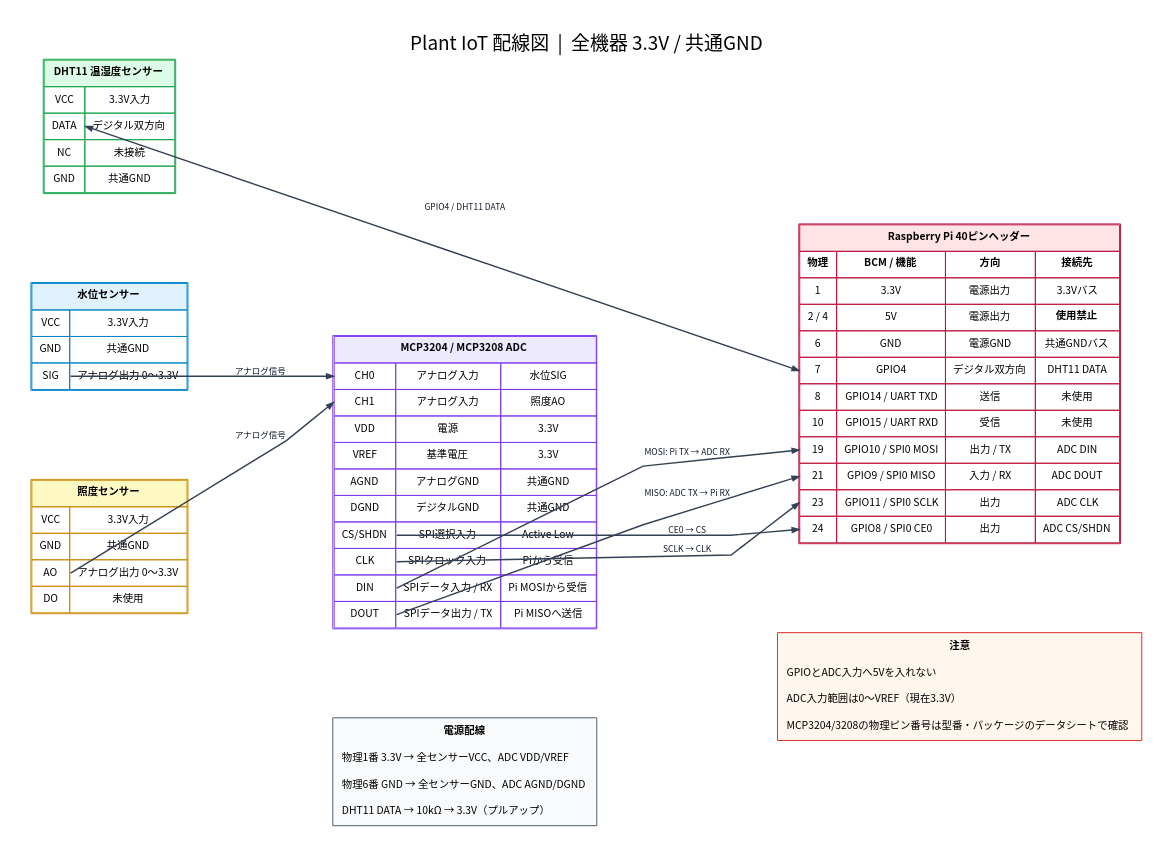
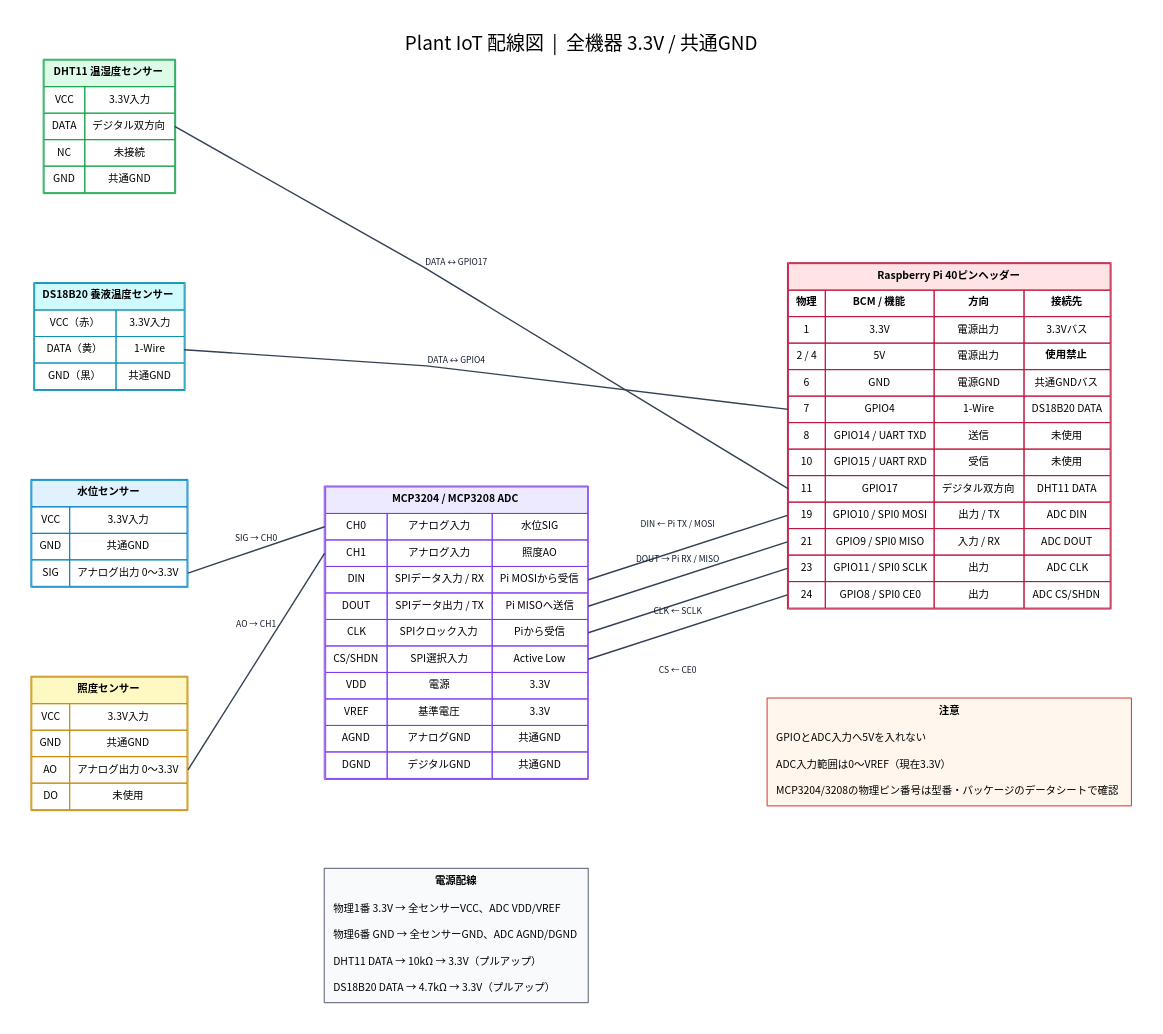
One commit to YujiSK/plant-iot-visualization changed the diagram in docs/wiring.dot. Above: the diagram before and after it, drawn with Graphviz. The commit also changed 16 other files, not shown here.

```diff
--- a/docs/wiring.dot
+++ b/docs/wiring.dot
@@ -1,142 +1,157 @@
 digraph PlantIoTWiring {
   graph [
     rankdir=LR,
-    splines=polyline,
+    splines=line,
     nodesep=0.65,
     ranksep=1.35,
     pad=0.35,
     bgcolor="white",
     fontname="Noto Sans CJK JP",
     label="Plant IoT 配線図  |  全機器 3.3V / 共通GND",
     labelloc=t,
     fontsize=20
   ];
 
   node [
     shape=plain,
     fontname="Noto Sans CJK JP",
     fontsize=11
   ];
 
   edge [
     fontname="Noto Sans CJK JP",
     fontsize=9,
     color="#334155",
     fontcolor="#0f172a",
     arrowsize=0.7,
     penwidth=1.5
   ];
 
   water [
     label=<
       <TABLE BORDER="1" CELLBORDER="1" CELLSPACING="0" CELLPADDING="7" COLOR="#0284c7">
         <TR><TD COLSPAN="2" BGCOLOR="#e0f2fe"><B>水位センサー</B></TD></TR>
         <TR><TD PORT="vcc">VCC</TD><TD>3.3V入力</TD></TR>
         <TR><TD PORT="gnd">GND</TD><TD>共通GND</TD></TR>
-        <TR><TD PORT="sig">SIG</TD><TD>アナログ出力 0～3.3V</TD></TR>
+        <TR><TD>SIG</TD><TD PORT="sig">アナログ出力 0～3.3V</TD></TR>
       </TABLE>
     >
   ];
 
   light [
     label=<
       <TABLE BORDER="1" CELLBORDER="1" CELLSPACING="0" CELLPADDING="7" COLOR="#ca8a04">
         <TR><TD COLSPAN="2" BGCOLOR="#fef9c3"><B>照度センサー</B></TD></TR>
         <TR><TD PORT="vcc">VCC</TD><TD>3.3V入力</TD></TR>
         <TR><TD PORT="gnd">GND</TD><TD>共通GND</TD></TR>
-        <TR><TD PORT="ao">AO</TD><TD>アナログ出力 0～3.3V</TD></TR>
+        <TR><TD>AO</TD><TD PORT="ao">アナログ出力 0～3.3V</TD></TR>
         <TR><TD>DO</TD><TD>未使用</TD></TR>
       </TABLE>
     >
   ];
 
   dht11 [
     label=<
       <TABLE BORDER="1" CELLBORDER="1" CELLSPACING="0" CELLPADDING="7" COLOR="#16a34a">
         <TR><TD COLSPAN="2" BGCOLOR="#dcfce7"><B>DHT11 温湿度センサー</B></TD></TR>
         <TR><TD PORT="vcc">VCC</TD><TD>3.3V入力</TD></TR>
-        <TR><TD PORT="data">DATA</TD><TD>デジタル双方向</TD></TR>
+        <TR><TD>DATA</TD><TD PORT="data">デジタル双方向</TD></TR>
         <TR><TD>NC</TD><TD>未接続</TD></TR>
         <TR><TD PORT="gnd">GND</TD><TD>共通GND</TD></TR>
+      </TABLE>
+    >
+  ];
+
+  ds18b20 [
+    label=<
+      <TABLE BORDER="1" CELLBORDER="1" CELLSPACING="0" CELLPADDING="7" COLOR="#0891b2">
+        <TR><TD COLSPAN="2" BGCOLOR="#cffafe"><B>DS18B20 養液温度センサー</B></TD></TR>
+        <TR><TD>VCC（赤）</TD><TD>3.3V入力</TD></TR>
+        <TR><TD>DATA（黄）</TD><TD PORT="data">1-Wire</TD></TR>
+        <TR><TD>GND（黒）</TD><TD>共通GND</TD></TR>
       </TABLE>
     >
   ];
 
   adc [
     label=<
       <TABLE BORDER="1" CELLBORDER="1" CELLSPACING="0" CELLPADDING="7" COLOR="#7c3aed">
         <TR><TD COLSPAN="3" BGCOLOR="#ede9fe"><B>MCP3204 / MCP3208 ADC</B></TD></TR>
         <TR><TD PORT="ch0">CH0</TD><TD>アナログ入力</TD><TD>水位SIG</TD></TR>
         <TR><TD PORT="ch1">CH1</TD><TD>アナログ入力</TD><TD>照度AO</TD></TR>
+        <TR><TD>DIN</TD><TD>SPIデータ入力 / RX</TD><TD PORT="din">Pi MOSIから受信</TD></TR>
+        <TR><TD>DOUT</TD><TD>SPIデータ出力 / TX</TD><TD PORT="dout">Pi MISOへ送信</TD></TR>
+        <TR><TD>CLK</TD><TD>SPIクロック入力</TD><TD PORT="clk">Piから受信</TD></TR>
+        <TR><TD>CS/SHDN</TD><TD>SPI選択入力</TD><TD PORT="cs">Active Low</TD></TR>
         <TR><TD PORT="vdd">VDD</TD><TD>電源</TD><TD>3.3V</TD></TR>
         <TR><TD PORT="vref">VREF</TD><TD>基準電圧</TD><TD>3.3V</TD></TR>
         <TR><TD PORT="agnd">AGND</TD><TD>アナログGND</TD><TD>共通GND</TD></TR>
         <TR><TD PORT="dgnd">DGND</TD><TD>デジタルGND</TD><TD>共通GND</TD></TR>
-        <TR><TD PORT="cs">CS/SHDN</TD><TD>SPI選択入力</TD><TD>Active Low</TD></TR>
-        <TR><TD PORT="clk">CLK</TD><TD>SPIクロック入力</TD><TD>Piから受信</TD></TR>
-        <TR><TD PORT="din">DIN</TD><TD>SPIデータ入力 / RX</TD><TD>Pi MOSIから受信</TD></TR>
-        <TR><TD PORT="dout">DOUT</TD><TD>SPIデータ出力 / TX</TD><TD>Pi MISOへ送信</TD></TR>
       </TABLE>
     >
   ];
 
   rpi [
     label=<
       <TABLE BORDER="1" CELLBORDER="1" CELLSPACING="0" CELLPADDING="7" COLOR="#be123c">
         <TR><TD COLSPAN="4" BGCOLOR="#ffe4e6"><B>Raspberry Pi 40ピンヘッダー</B></TD></TR>
         <TR><TD><B>物理</B></TD><TD><B>BCM / 機能</B></TD><TD><B>方向</B></TD><TD><B>接続先</B></TD></TR>
         <TR><TD PORT="p1">1</TD><TD>3.3V</TD><TD>電源出力</TD><TD>3.3Vバス</TD></TR>
         <TR><TD>2 / 4</TD><TD>5V</TD><TD>電源出力</TD><TD><B>使用禁止</B></TD></TR>
         <TR><TD PORT="p6">6</TD><TD>GND</TD><TD>電源GND</TD><TD>共通GNDバス</TD></TR>
-        <TR><TD PORT="p7">7</TD><TD>GPIO4</TD><TD>デジタル双方向</TD><TD>DHT11 DATA</TD></TR>
+        <TR><TD PORT="p7">7</TD><TD>GPIO4</TD><TD>1-Wire</TD><TD>DS18B20 DATA</TD></TR>
         <TR><TD>8</TD><TD>GPIO14 / UART TXD</TD><TD>送信</TD><TD>未使用</TD></TR>
         <TR><TD>10</TD><TD>GPIO15 / UART RXD</TD><TD>受信</TD><TD>未使用</TD></TR>
+        <TR><TD PORT="p11">11</TD><TD>GPIO17</TD><TD>デジタル双方向</TD><TD>DHT11 DATA</TD></TR>
         <TR><TD PORT="p19">19</TD><TD>GPIO10 / SPI0 MOSI</TD><TD>出力 / TX</TD><TD>ADC DIN</TD></TR>
         <TR><TD PORT="p21">21</TD><TD>GPIO9 / SPI0 MISO</TD><TD>入力 / RX</TD><TD>ADC DOUT</TD></TR>
         <TR><TD PORT="p23">23</TD><TD>GPIO11 / SPI0 SCLK</TD><TD>出力</TD><TD>ADC CLK</TD></TR>
         <TR><TD PORT="p24">24</TD><TD>GPIO8 / SPI0 CE0</TD><TD>出力</TD><TD>ADC CS/SHDN</TD></TR>
       </TABLE>
     >
   ];
 
   power_note [
     label=<
       <TABLE BORDER="1" CELLBORDER="0" CELLSPACING="0" CELLPADDING="8" COLOR="#475569" BGCOLOR="#f8fafc">
         <TR><TD><B>電源配線</B></TD></TR>
         <TR><TD ALIGN="LEFT">物理1番 3.3V → 全センサーVCC、ADC VDD/VREF</TD></TR>
         <TR><TD ALIGN="LEFT">物理6番 GND → 全センサーGND、ADC AGND/DGND</TD></TR>
         <TR><TD ALIGN="LEFT">DHT11 DATA → 10kΩ → 3.3V（プルアップ）</TD></TR>
+        <TR><TD ALIGN="LEFT">DS18B20 DATA → 4.7kΩ → 3.3V（プルアップ）</TD></TR>
       </TABLE>
     >
   ];
 
   warning [
     label=<
       <TABLE BORDER="1" CELLBORDER="0" CELLSPACING="0" CELLPADDING="8" COLOR="#dc2626" BGCOLOR="#fff7ed">
         <TR><TD><B>注意</B></TD></TR>
         <TR><TD ALIGN="LEFT">GPIOとADC入力へ5Vを入れない</TD></TR>
         <TR><TD ALIGN="LEFT">ADC入力範囲は0～VREF（現在3.3V）</TD></TR>
         <TR><TD ALIGN="LEFT">MCP3204/3208の物理ピン番号は型番・パッケージのデータシートで確認</TD></TR>
       </TABLE>
     >
   ];
 
-  { rank=same; dht11; water; light; }
+  { rank=same; dht11; ds18b20; water; light; }
   { rank=same; adc; power_note; }
   { rank=same; rpi; warning; }
 
-  dht11 -> water [style=invis, weight=20];
+  dht11 -> ds18b20 [style=invis, weight=20];
+  ds18b20 -> water [style=invis, weight=20];
   water -> light [style=invis, weight=20];
   adc -> power_note [style=invis, weight=20];
   rpi -> warning [style=invis, weight=20];
 
-  water:sig:e -> adc:ch0:w [label="アナログ信号"];
-  light:ao:e -> adc:ch1:w [label="アナログ信号"];
+  water:sig:e -> adc:ch0:w [dir=none, label="SIG → CH0"];
+  light:ao:e -> adc:ch1:w [dir=none, label="AO → CH1"];
 
-  dht11:data:e -> rpi:p7:w [dir=both, label="GPIO4 / DHT11 DATA"];
+  dht11:data:e -> rpi:p11:w [dir=none, label="DATA ↔ GPIO17"];
+  ds18b20:data:e -> rpi:p7:w [dir=none, label="DATA ↔ GPIO4"];
 
-  rpi:p24:w -> adc:cs:e [dir=back, label="CE0 → CS"];
-  rpi:p23:w -> adc:clk:e [dir=back, label="SCLK → CLK"];
-  rpi:p19:w -> adc:din:e [dir=back, label="MOSI: Pi TX → ADC RX"];
-  adc:dout:e -> rpi:p21:w [label="MISO: ADC TX → Pi RX"];
+  adc:cs:e -> rpi:p24:w [dir=none, label="CS ← CE0"];
+  adc:clk:e -> rpi:p23:w [dir=none, label="CLK ← SCLK"];
+  adc:din:e -> rpi:p19:w [dir=none, label="DIN ← Pi TX / MOSI"];
+  adc:dout:e -> rpi:p21:w [dir=none, label="DOUT → Pi RX / MISO"];
 }
```
